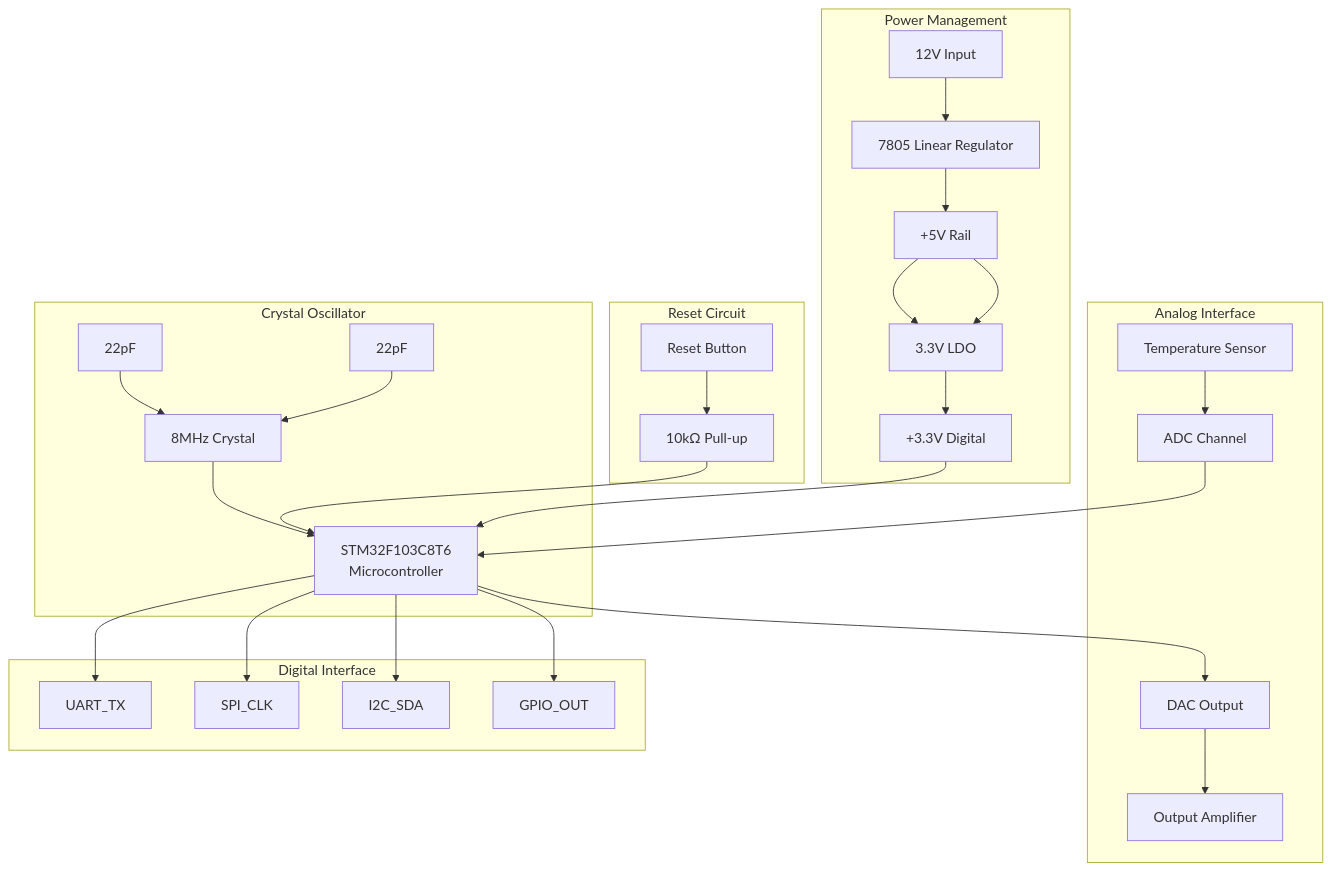
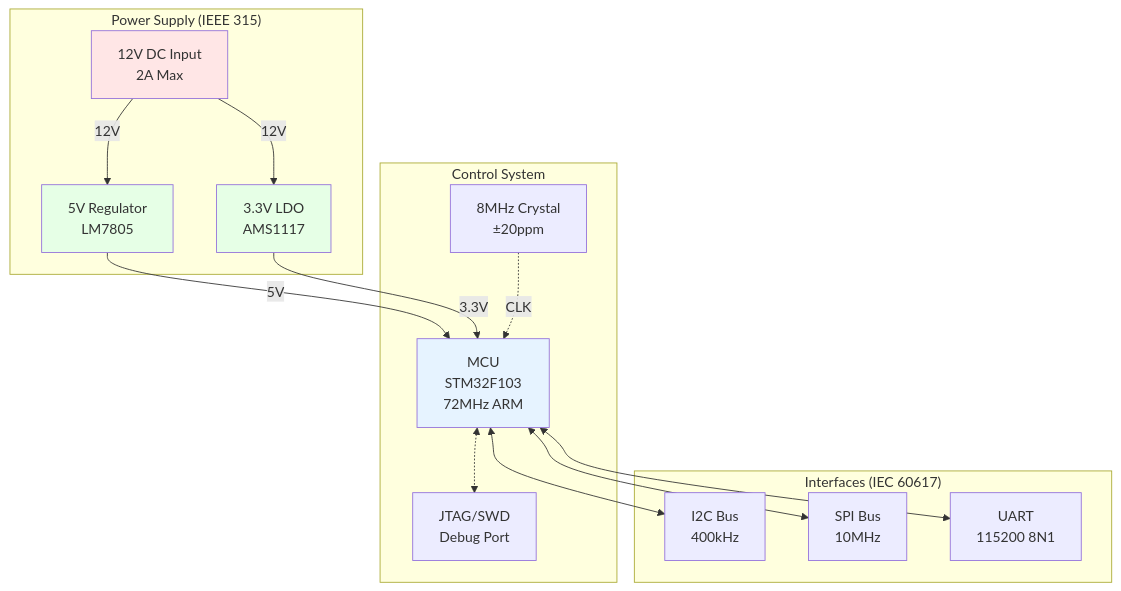
Before and after one commit to noizu-labs-ml/NoizuPromptLingo: the diagram in meta/fim/use-case/engineering-diagrams.verbose.md, drawn with Mermaid. The commit also changed other lines of this file and 68 other files, not shown here.

````diff
--- a/meta/fim/use-case/engineering-diagrams.verbose.md
+++ b/meta/fim/use-case/engineering-diagrams.verbose.md
@@ -674,39 +75,35 @@
 ```mermaid
 graph TB
-    MCU[STM32F103C8T6<br/>Microcontroller]
-
-    subgraph "Power Management"
-        VIN[12V Input] --> REG1[7805 Linear Regulator]
-        REG1 --> VCC[+5V Rail]
-        VCC --> REG2[3.3V LDO]
-        REG2 --> VDD[+3.3V Digital]
+    subgraph "Power Supply (IEEE 315)"
+        PS[12V DC Input<br/>2A Max]
+        REG1[5V Regulator<br/>LM7805]
+        REG2[3.3V LDO<br/>AMS1117]
     end
 
-    subgraph "Crystal Oscillator"
-        XTAL[8MHz Crystal] --> MCU
-        LOAD1[22pF] --> XTAL
-        LOAD2[22pF] --> XTAL
+    subgraph "Control System"
+        MCU[MCU<br/>STM32F103<br/>72MHz ARM]
+        XTAL[8MHz Crystal<br/>±20ppm]
+        JTAG[JTAG/SWD<br/>Debug Port]
     end
 
-    subgraph "Reset Circuit"
-        RST_BTN[Reset Button] --> RST_PULL[10kΩ Pull-up]
-        RST_PULL --> MCU
+    subgraph "Interfaces (IEC 60617)"
+        I2C[I2C Bus<br/>400kHz]
+        SPI[SPI Bus<br/>10MHz]
+        UART[UART<br/>115200 8N1]
     end
 
-    subgraph "Analog Interface"
-        SENSOR[Temperature Sensor] --> ADC_IN[ADC Channel]
-        ADC_IN --> MCU
-        MCU --> DAC_OUT[DAC Output]
-        DAC_OUT --> AMP[Output Amplifier]
-    end
+    PS -->|12V| REG1
+    PS -->|12V| REG2
+    REG1 -->|5V| MCU
+    REG2 -->|3.3V| MCU
+    XTAL -.->|CLK| MCU
+    MCU <--> I2C
+    MCU <--> SPI
+    MCU <--> UART
+    MCU <-.-> JTAG
 
-    subgraph "Digital Interface"
-        MCU --> UART_TX
-        MCU --> SPI_CLK
-        MCU --> I2C_SDA
-        MCU --> GPIO_OUT
-    end
-
-    VDD --> MCU
-    VCC --> REG2
+    style PS fill:#FFE6E6
+    style MCU fill:#E6F3FF
+    style REG1 fill:#E6FFE6
+    style REG2 fill:#E6FFE6
 ```
````
